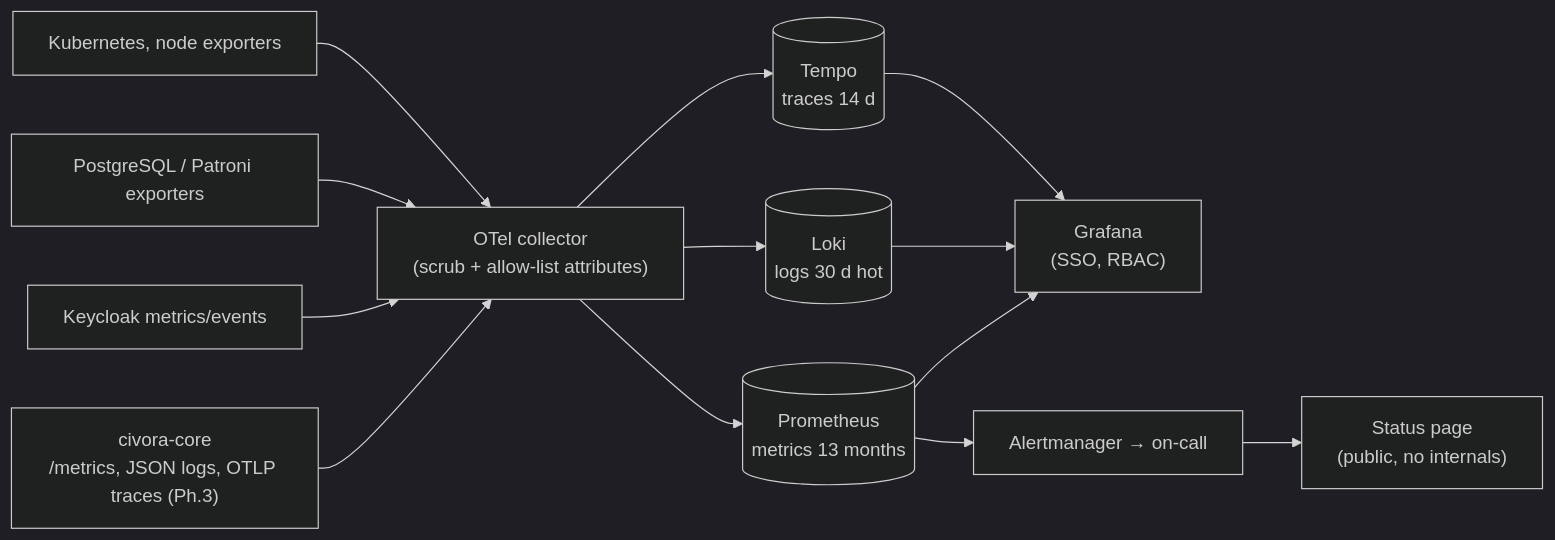
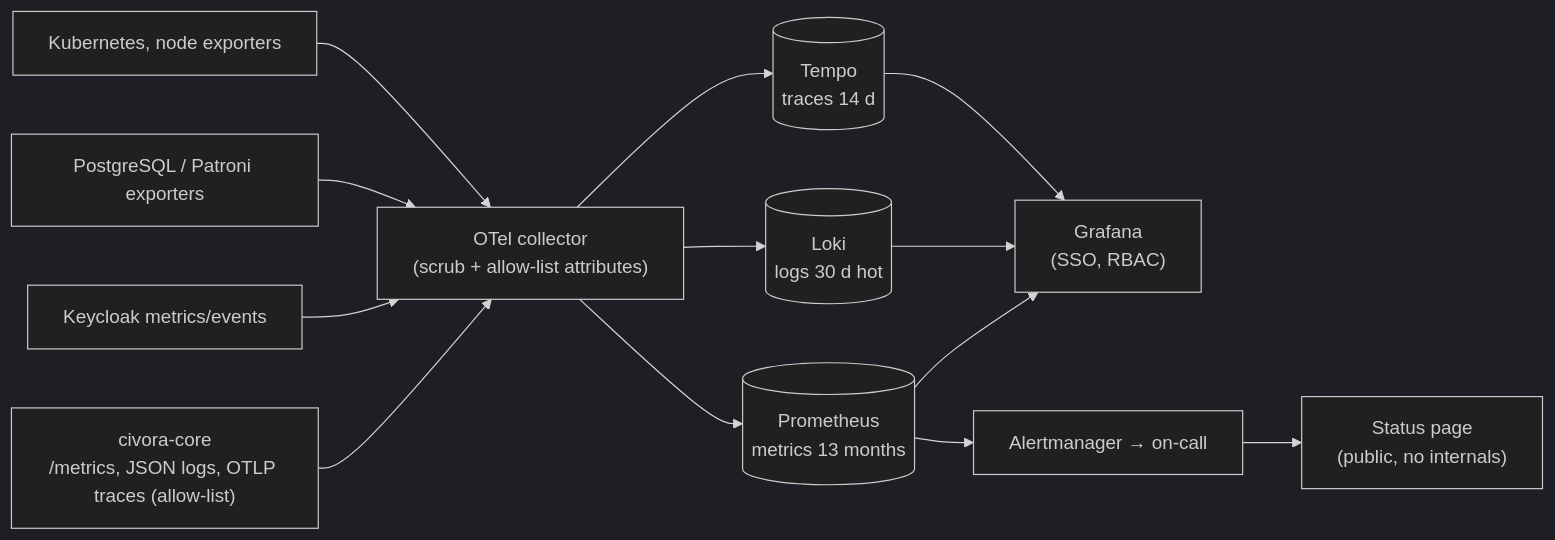
The diagram in docs/phase-2/15-observability-backup-and-dr.md (harounghorbel14-star/civora), drawn with Mermaid (dark theme) before and after one commit. The commit also changed other lines of this file and 30 other files, not shown here.

````diff
--- a/docs/phase-2/15-observability-backup-and-dr.md
+++ b/docs/phase-2/15-observability-backup-and-dr.md
@@ -13,13 +14,13 @@
 ```mermaid
 flowchart LR
-  CORE["civora-core<br/>/metrics, JSON logs, OTLP traces (Ph.3)"] --> COL["OTel collector<br/>(scrub + allow-list attributes)"]
+  CORE["civora-core<br/>/metrics, JSON logs, OTLP traces (allow-list)"] --> COL["OTel collector<br/>(scrub + allow-list attributes)"]
   KC["Keycloak metrics/events"] --> COL
   PG["PostgreSQL / Patroni exporters"] --> COL
   K8S["Kubernetes, node exporters"] --> COL
   COL --> PROM[("Prometheus<br/>metrics 13 months")]
   COL --> LOKI[("Loki<br/>logs 30 d hot")]
   COL --> TEMPO[("Tempo<br/>traces 14 d")]
   PROM & LOKI & TEMPO --> GRAF["Grafana<br/>(SSO, RBAC)"]
   PROM --> AM["Alertmanager → on-call"]
   AM --> STATUS["Status page<br/>(public, no internals)"]
 ```
````
